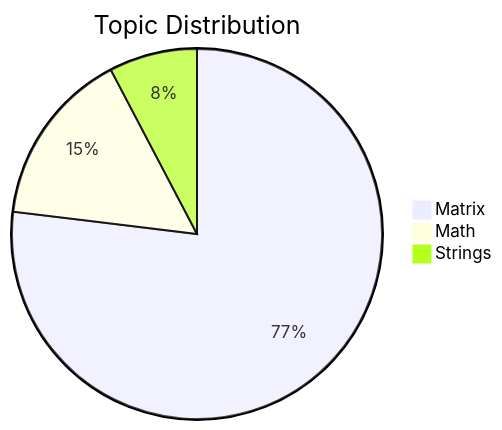
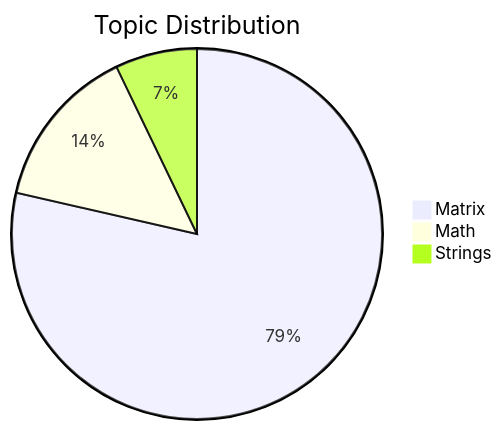
One commit to PrasannaTheBest/60-Days-Hell-Period changed the second of 2 diagrams in README.md. Above: the diagram before and after it, drawn with Mermaid. The commit also changed other lines of this file, not shown here.

````diff
--- a/README.md
+++ b/README.md
@@ -73,6 +73,6 @@
 ```mermaid
 pie title Topic Distribution
-    "Matrix" : 10
+    "Matrix" : 11
     "Math" : 2
     "Strings" : 1
 ```
````
